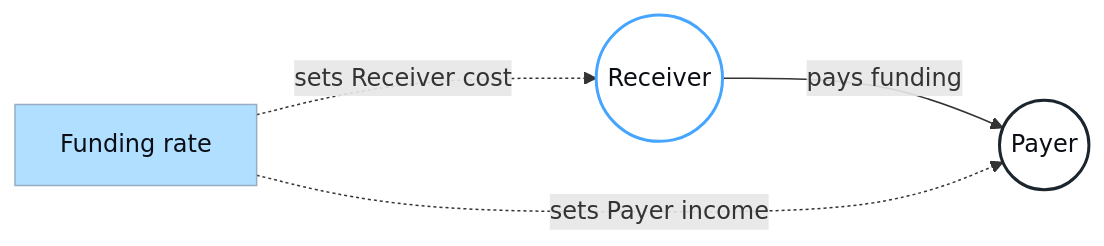
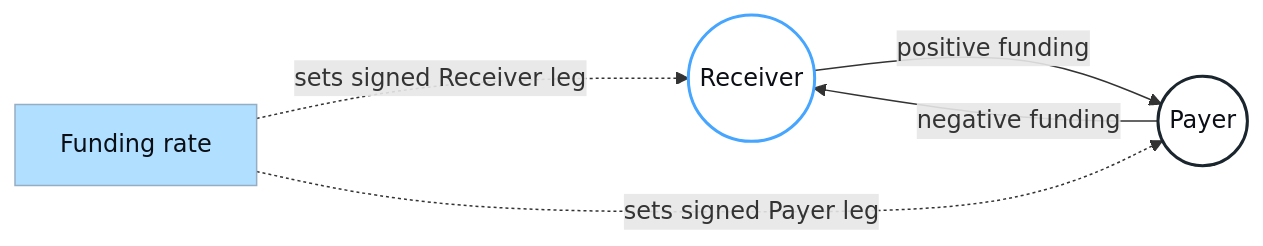
Before and after one commit to Null-Solutions/v1-docs: the diagram in diagrams/funding-carry.mmd, drawn with Mermaid. The commit also changed 56 other files, not shown here.

```diff
--- a/diagrams/funding-carry.mmd
+++ b/diagrams/funding-carry.mmd
@@ -1,15 +1,16 @@
 flowchart LR
   receiver(("Receiver"))
   payer(("Payer"))
   funding["Funding rate"]
 
-  receiver -- "pays funding" --> payer
-  funding -. "sets Receiver cost" .-> receiver
-  funding -. "sets Payer income" .-> payer
+  receiver -- "positive funding" --> payer
+  payer -- "negative funding" --> receiver
+  funding -. "sets signed Receiver leg" .-> receiver
+  funding -. "sets signed Payer leg" .-> payer
 
   classDef receiver fill:#FFFFFF,color:#0B0E15,stroke:#45A5FF,stroke-width:2px;
   classDef payer fill:#FFFFFF,color:#0B0E15,stroke:#1B252D,stroke-width:2px;
   classDef accent fill:#B1DFFF,color:#0B0E15,stroke:#96AEC4,stroke-width:1px;
   class receiver receiver;
   class payer payer;
   class funding accent;
```
